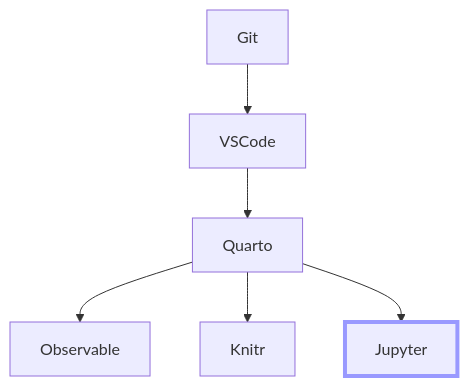
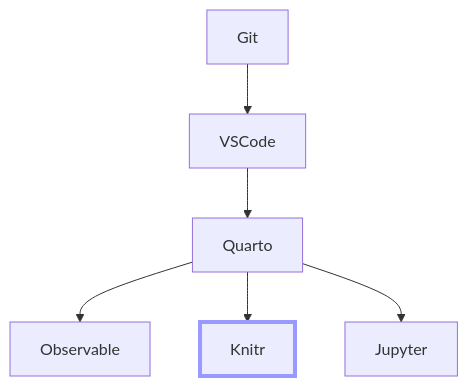
One commit to maptv/maptv.github.io changed the diagram in blog/jupyter/jupyter.qmd. Above: the diagram before and after it, drawn with Mermaid. The commit also changed 4 other files, not shown here.

````diff
--- a/blog/jupyter/jupyter.qmd
+++ b/blog/jupyter/jupyter.qmd
@@ -24,17 +24,17 @@
 ```{mermaid}
 %%| column: margin
 %%| label: fig-navchart
 %%| fig-cap: Tools series navigation chart
 flowchart TB
    A[Git]-->B[VSCode]-->C[Quarto]
    C-->D[Observable]
    C-->E[Knitr]
    C-->F[Jupyter]
    click A "../git"
    click B "../vscode"
    click C "../quarto"
    click D "../observable"
-   click E "../knitr"
-   click F "../jupyter"
-   style F stroke:#99f,stroke-width:4px
+   click E "../jupyter"
+   click F "../knitr"
+   style E stroke:#99f,stroke-width:4px
 ```
````
